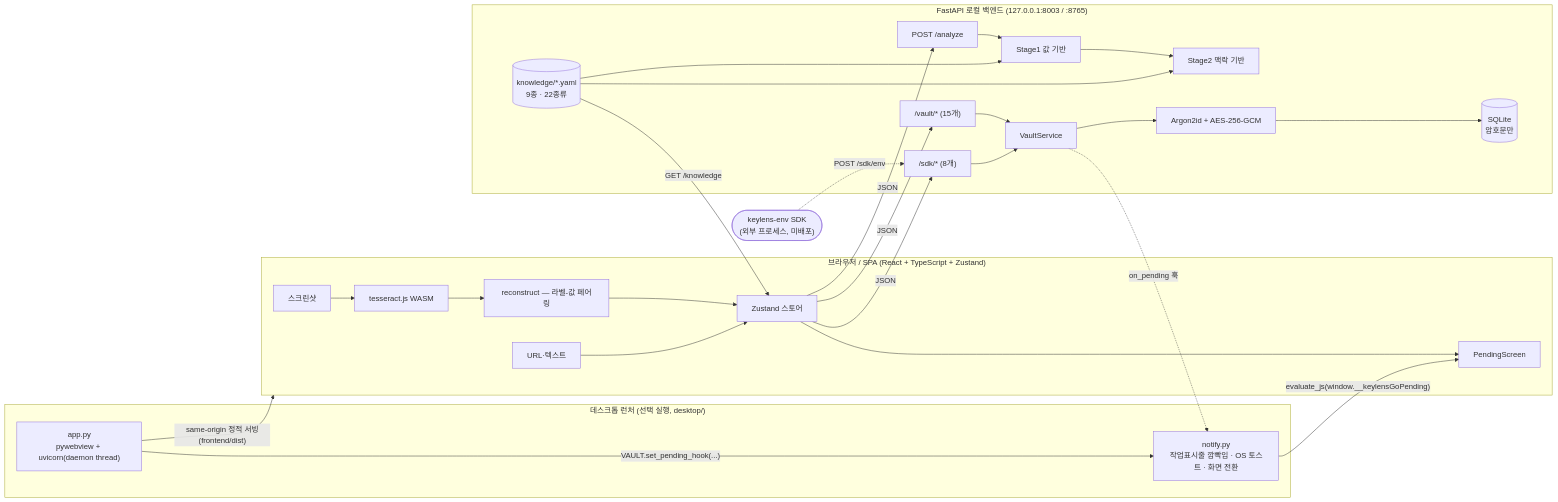
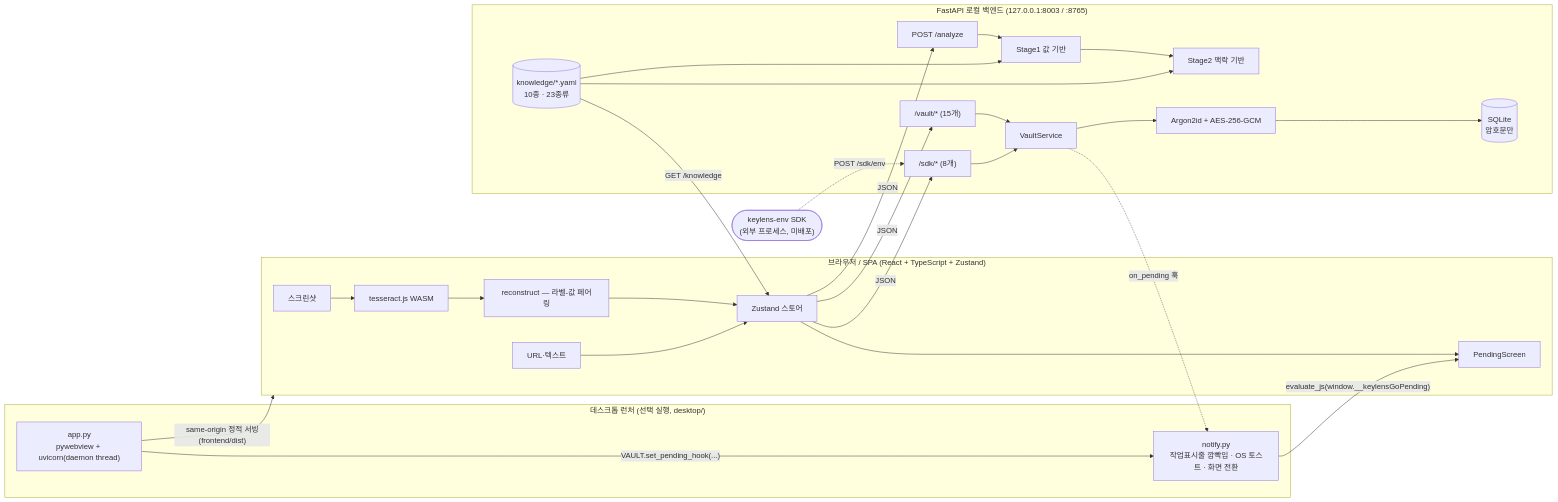
Before and after one commit to ttogle918/key-manager: the first of 11 diagrams in docs/DIAGRAMS.md, drawn with Mermaid. The commit also changed other lines of this file and 13 other files, not shown here.

````diff
--- a/docs/DIAGRAMS.md
+++ b/docs/DIAGRAMS.md
@@ -41,36 +41,36 @@
 ```mermaid
 flowchart LR
   subgraph Browser["브라우저 / SPA (React + TypeScript + Zustand)"]
     IMG[스크린샷] --> OCR["tesseract.js WASM"]
     OCR --> REC["reconstruct — 라벨-값 페어링"]
     REC --> ST[Zustand 스토어]
     URLTXT[URL·텍스트] --> ST
     ST --> PS["PendingScreen"]
   end
 
   subgraph Backend["FastAPI 로컬 백엔드 (127.0.0.1:8003 / :8765)"]
     AN["POST /analyze"] --> S1["Stage1 값 기반"]
     S1 --> S2["Stage2 맥락 기반"]
-    KB[("knowledge/*.yaml\n9종 · 22종류")] --> S1 & S2
+    KB[("knowledge/*.yaml\n10종 · 23종류")] --> S1 & S2
     VAPI["/vault/* (15개)"] --> VS["VaultService"]
     VS --> CR["Argon2id + AES-256-GCM"]
     CR --> DB[("SQLite\n암호문만")]
     SDKAPI["/sdk/* (8개)"] --> VS
   end
 
   subgraph Desktop["데스크톱 런처 (선택 실행, desktop/)"]
     LAUNCH["app.py\npywebview + uvicorn(daemon thread)"]
     NOTIFY["notify.py\n작업표시줄 깜빡임 · OS 토스트 · 화면 전환"]
     LAUNCH -- "VAULT.set_pending_hook(...)" --> NOTIFY
   end
 
   ST -- JSON --> AN
   ST -- JSON --> VAPI
   ST -- JSON --> SDKAPI
   KB -- "GET /knowledge" --> ST
   VS -. "on_pending 훅" .-> NOTIFY
   NOTIFY -- "evaluate_js(window.__keylensGoPending)" --> PS
   LAUNCH -- "same-origin 정적 서빙(frontend/dist)" --> Browser
 
   SDKCLIENT(["keylens-env SDK\n(외부 프로세스, 미배포)"]) -. "POST /sdk/env" .-> SDKAPI
 ```
````
